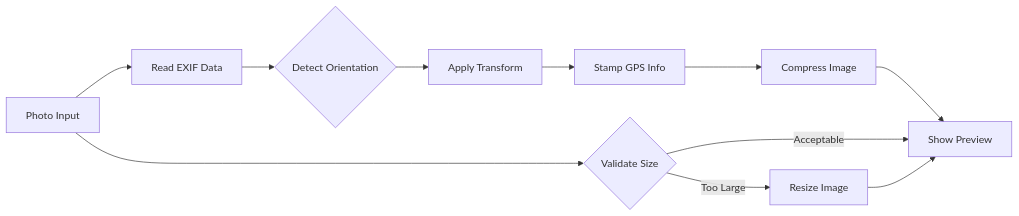
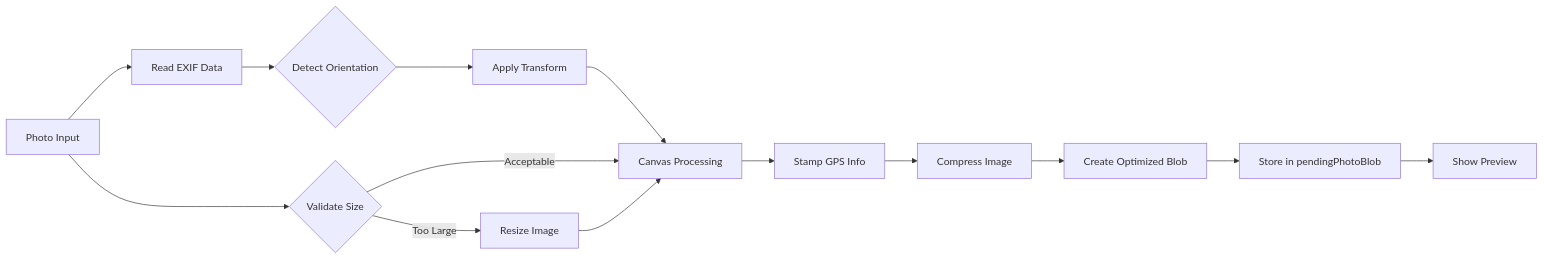
Before and after one commit to enga018/newserchhipnorthvc: the ninth of 11 diagrams in .qoder/repowiki/en/content/Technical Architecture/Single-File Application Architecture.md, drawn with Mermaid. The commit also changed other lines of this file and 10 other files, not shown here.

````diff
--- a/.qoder/repowiki/en/content/Technical Architecture/Single-File Application Architecture.md
+++ b/.qoder/repowiki/en/content/Technical Architecture/Single-File Application Architecture.md
@@ -367,13 +380,16 @@
 ```mermaid
 flowchart LR
 PhotoInput[Photo Input] --> ReadEXIF[Read EXIF Data]
 ReadEXIF --> DetectOrientation{Detect Orientation}
 DetectOrientation --> TransformImage[Apply Transform]
-TransformImage --> StampInfo[Stamp GPS Info]
+TransformImage --> CanvasProcessing[Canvas Processing]
+CanvasProcessing --> StampInfo[Stamp GPS Info]
 StampInfo --> CompressImage[Compress Image]
-CompressImage --> Preview[Show Preview]
+CompressImage --> CreateBlob[Create Optimized Blob]
+CreateBlob --> StoreBlob[Store in pendingPhotoBlob]
+StoreBlob --> Preview[Show Preview]
 PhotoInput --> ValidateSize{Validate Size}
 ValidateSize --> |Too Large| Resize[Resize Image]
-ValidateSize --> |Acceptable| Preview
-Resize --> Preview
+ValidateSize --> |Acceptable| CanvasProcessing
+Resize --> CanvasProcessing
 ```
````
